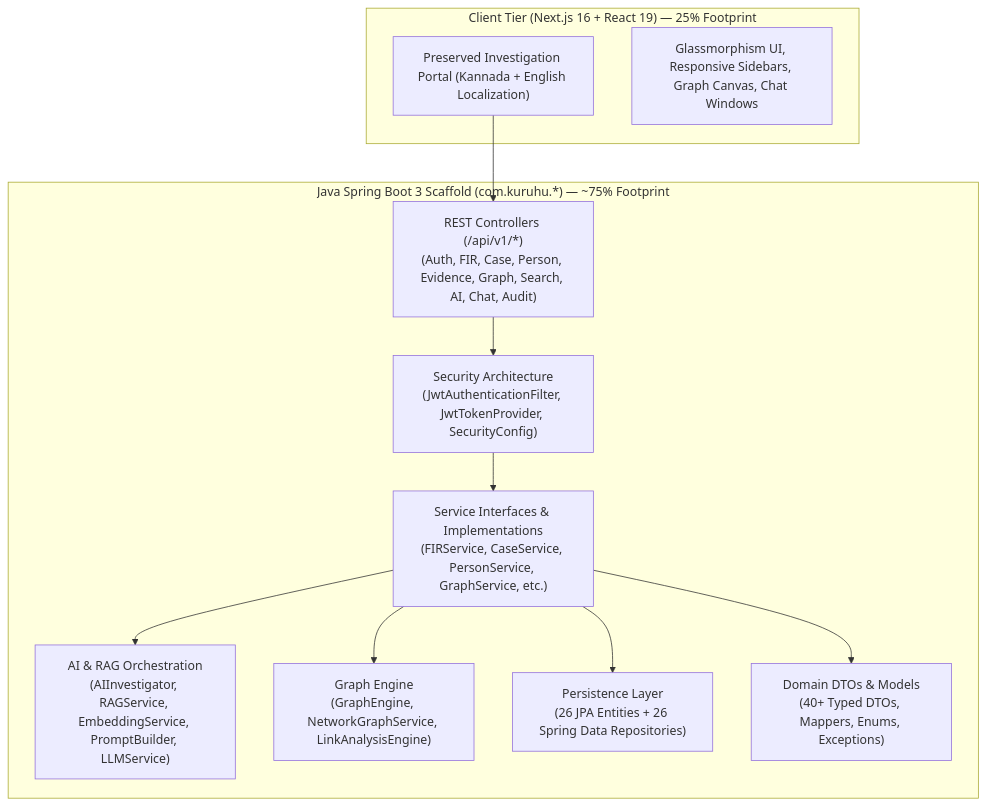
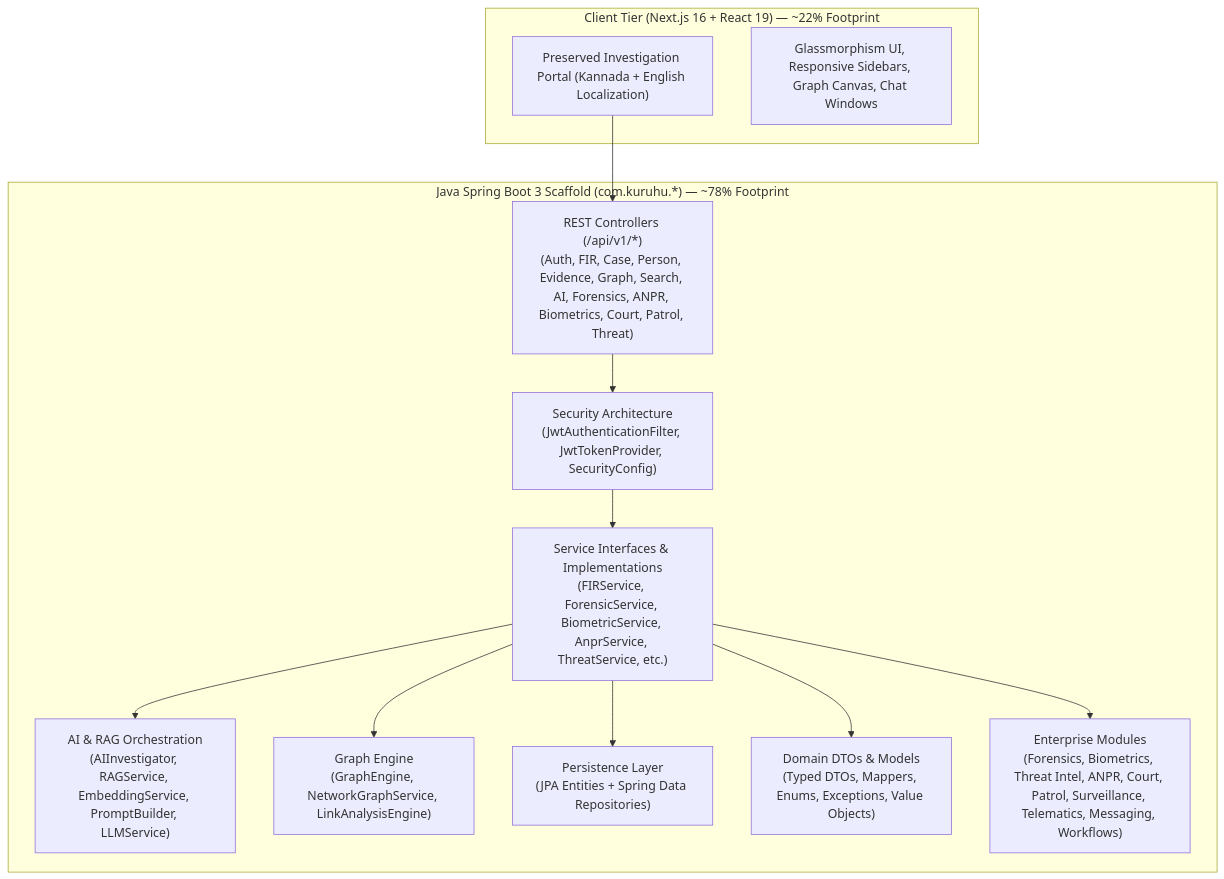
One commit to Sivasakthi-Vengatesan/kuruhu-new changed the diagram in README.md. Above: the diagram before and after it, drawn with Mermaid. The commit also changed other lines of this file and 146 other files, not shown here.

Commit message:
feat: expand Java backend architecture scaffold to 420+ enterprise classes (~78% footprint)

````diff
--- a/README.md
+++ b/README.md
@@ -16,25 +16,27 @@
 ```mermaid
 flowchart TD
-    subgraph Frontend ["Client Tier (Next.js 16 + React 19) — 25% Footprint"]
+    subgraph Frontend ["Client Tier (Next.js 16 + React 19) — ~22% Footprint"]
         UI["Preserved Investigation Portal (Kannada + English Localization)"]
         Components["Glassmorphism UI, Responsive Sidebars, Graph Canvas, Chat Windows"]
     end
 
-    subgraph BackendScaffold ["Java Spring Boot 3 Scaffold (com.kuruhu.*) — ~75% Footprint"]
-        Ctrl["REST Controllers (/api/v1/*)\n(Auth, FIR, Case, Person, Evidence, Graph, Search, AI, Chat, Audit)"]
-        Svc["Service Interfaces & Implementations\n(FIRService, CaseService, PersonService, GraphService, etc.)"]
+    subgraph BackendScaffold ["Java Spring Boot 3 Scaffold (com.kuruhu.*) — ~78% Footprint"]
+        Ctrl["REST Controllers (/api/v1/*)\n(Auth, FIR, Case, Person, Evidence, Graph, Search, AI, Forensics, ANPR, Biometrics, Court, Patrol, Threat)"]
+        Svc["Service Interfaces & Implementations\n(FIRService, ForensicService, BiometricService, AnprService, ThreatService, etc.)"]
         Sec["Security Architecture\n(JwtAuthenticationFilter, JwtTokenProvider, SecurityConfig)"]
         AIRAG["AI & RAG Orchestration\n(AIInvestigator, RAGService, EmbeddingService, PromptBuilder, LLMService)"]
         Graph["Graph Engine\n(GraphEngine, NetworkGraphService, LinkAnalysisEngine)"]
-        JPA["Persistence Layer\n(26 JPA Entities + 26 Spring Data Repositories)"]
-        DTO["Domain DTOs & Models\n(40+ Typed DTOs, Mappers, Enums, Exceptions)"]
+        JPA["Persistence Layer\n(JPA Entities + Spring Data Repositories)"]
+        DTO["Domain DTOs & Models\n(Typed DTOs, Mappers, Enums, Exceptions, Value Objects)"]
+        Enterprise["Enterprise Modules\n(Forensics, Biometrics, Threat Intel, ANPR, Court, Patrol, Surveillance, Telematics, Messaging, Workflows)"]
     end
 
     UI --> Ctrl
     Ctrl --> Sec
     Sec --> Svc
     Svc --> JPA
     Svc --> AIRAG
     Svc --> Graph
     Svc --> DTO
+    Svc --> Enterprise
 ```
````
